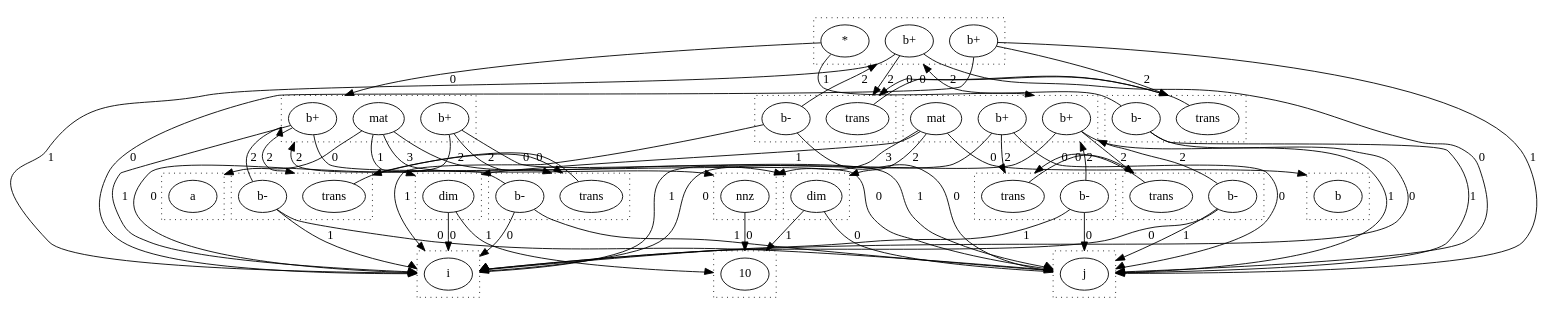
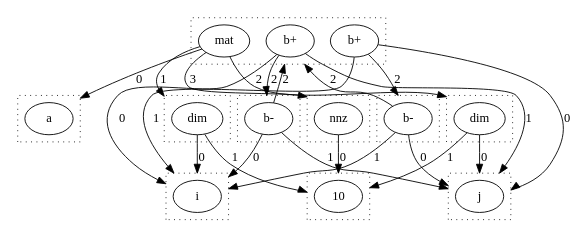
The diagram in dots/rabind.dot (wormhole-optimization/warp), drawn with Graphviz before and after one commit. The commit also changed 9 other files, not shown here.

```diff
--- a/dots/rabind.dot
+++ b/dots/rabind.dot
@@ -1,140 +1,66 @@
 digraph {
   compound=true
   subgraph cluster_0 {
     style=dotted
     0.0[label = "a"]
   }
   subgraph cluster_1 {
     style=dotted
     1.0[label = "i"]
   }
   subgraph cluster_2 {
     style=dotted
     2.0[label = "10"]
   }
   subgraph cluster_3 {
     style=dotted
     3.0[label = "dim"]
   }
   subgraph cluster_4 {
     style=dotted
     4.0[label = "j"]
   }
   subgraph cluster_5 {
     style=dotted
     5.0[label = "dim"]
   }
   subgraph cluster_6 {
     style=dotted
     6.0[label = "nnz"]
   }
   subgraph cluster_7 {
     style=dotted
     7.0[label = "b+"]
     7.1[label = "mat"]
     7.2[label = "b+"]
   }
   subgraph cluster_8 {
     style=dotted
-    8.0[label = "b"]
-  }
-  subgraph cluster_9 {
-    style=dotted
-    9.0[label = "b+"]
-    9.1[label = "mat"]
-    9.2[label = "b+"]
+    8.0[label = "b-"]
   }
   subgraph cluster_10 {
     style=dotted
-    10.0[label = "b+"]
-    10.1[label = "*"]
-    10.2[label = "b+"]
-  }
-  subgraph cluster_11 {
-    style=dotted
-    11.0[label = "trans"]
-    11.1[label = "b-"]
-  }
-  subgraph cluster_13 {
-    style=dotted
-    13.0[label = "trans"]
-    13.1[label = "b-"]
-  }
-  subgraph cluster_15 {
-    style=dotted
-    15.0[label = "trans"]
-    15.1[label = "b-"]
-  }
-  subgraph cluster_17 {
-    style=dotted
-    17.0[label = "trans"]
-    17.1[label = "b-"]
-  }
-  subgraph cluster_19 {
-    style=dotted
-    19.0[label = "trans"]
-    19.1[label = "b-"]
-  }
-  subgraph cluster_21 {
-    style=dotted
-    21.0[label = "trans"]
-    21.1[label = "b-"]
+    10.0[label = "b-"]
   }
   3.0 -> 1.0 [lhead = cluster_1, label = 0]
   3.0 -> 2.0 [lhead = cluster_2, label = 1]
   5.0 -> 4.0 [lhead = cluster_4, label = 0]
   5.0 -> 2.0 [lhead = cluster_2, label = 1]
   6.0 -> 2.0 [lhead = cluster_2, label = 0]
-  7.0 -> 4.0 [lhead = cluster_4, label = 0]
-  7.0 -> 1.0 [lhead = cluster_1, label = 1]
-  7.0 -> 13.0 [lhead = cluster_13, label = 2]
+  7.0 -> 1.0 [lhead = cluster_1, label = 0]
+  7.0 -> 4.0 [lhead = cluster_4, label = 1]
+  7.0 -> 8.0 [lhead = cluster_8, label = 2]
   7.1 -> 0.0 [lhead = cluster_0, label = 0]
   7.1 -> 3.0 [lhead = cluster_3, label = 1]
   7.1 -> 5.0 [lhead = cluster_5, label = 2]
   7.1 -> 6.0 [lhead = cluster_6, label = 3]
-  7.2 -> 1.0 [lhead = cluster_1, label = 0]
-  7.2 -> 4.0 [lhead = cluster_4, label = 1]
-  7.2 -> 11.0 [lhead = cluster_11, label = 2]
-  9.0 -> 1.0 [lhead = cluster_1, label = 0]
-  9.0 -> 4.0 [lhead = cluster_4, label = 1]
-  9.0 -> 17.0 [lhead = cluster_17, label = 2]
-  9.1 -> 8.0 [lhead = cluster_8, label = 0]
-  9.1 -> 3.0 [lhead = cluster_3, label = 1]
-  9.1 -> 5.0 [lhead = cluster_5, label = 2]
-  9.1 -> 6.0 [lhead = cluster_6, label = 3]
-  9.2 -> 4.0 [lhead = cluster_4, label = 0]
-  9.2 -> 1.0 [lhead = cluster_1, label = 1]
-  9.2 -> 15.0 [lhead = cluster_15, label = 2]
+  7.2 -> 4.0 [lhead = cluster_4, label = 0]
+  7.2 -> 1.0 [lhead = cluster_1, label = 1]
+  7.2 -> 10.0 [lhead = cluster_10, label = 2]
+  8.0 -> 1.0 [lhead = cluster_1, label = 0]
+  8.0 -> 4.0 [lhead = cluster_4, label = 1]
+  8.0 -> 7.0 [lhead = cluster_7, label = 2]
   10.0 -> 4.0 [lhead = cluster_4, label = 0]
   10.0 -> 1.0 [lhead = cluster_1, label = 1]
-  10.0 -> 21.0 [lhead = cluster_21, label = 2]
-  10.1 -> 7.0 [lhead = cluster_7, label = 0]
-  10.1 -> 9.0 [lhead = cluster_9, label = 1]
-  10.2 -> 1.0 [lhead = cluster_1, label = 0]
-  10.2 -> 4.0 [lhead = cluster_4, label = 1]
-  10.2 -> 19.0 [lhead = cluster_19, label = 2]
-  11.0 -> 13.0 [lhead = cluster_13, label = 0]
-  11.1 -> 1.0 [lhead = cluster_1, label = 0]
-  11.1 -> 4.0 [lhead = cluster_4, label = 1]
-  11.1 -> 7.0 [lhead = cluster_7, label = 2]
-  13.0 -> 11.0 [lhead = cluster_11, label = 0]
-  13.1 -> 4.0 [lhead = cluster_4, label = 0]
-  13.1 -> 1.0 [lhead = cluster_1, label = 1]
-  13.1 -> 7.0 [lhead = cluster_7, label = 2]
-  15.0 -> 17.0 [lhead = cluster_17, label = 0]
-  15.1 -> 4.0 [lhead = cluster_4, label = 0]
-  15.1 -> 1.0 [lhead = cluster_1, label = 1]
-  15.1 -> 9.0 [lhead = cluster_9, label = 2]
-  17.0 -> 15.0 [lhead = cluster_15, label = 0]
-  17.1 -> 1.0 [lhead = cluster_1, label = 0]
-  17.1 -> 4.0 [lhead = cluster_4, label = 1]
-  17.1 -> 9.0 [lhead = cluster_9, label = 2]
-  19.0 -> 21.0 [lhead = cluster_21, label = 0]
-  19.1 -> 1.0 [lhead = cluster_1, label = 0]
-  19.1 -> 4.0 [lhead = cluster_4, label = 1]
-  19.1 -> 10.0 [lhead = cluster_10, label = 2]
-  21.0 -> 19.0 [lhead = cluster_19, label = 0]
-  21.1 -> 4.0 [lhead = cluster_4, label = 0]
-  21.1 -> 1.0 [lhead = cluster_1, label = 1]
-  21.1 -> 10.0 [lhead = cluster_10, label = 2]
+  10.0 -> 7.0 [lhead = cluster_7, label = 2]
 }
```
